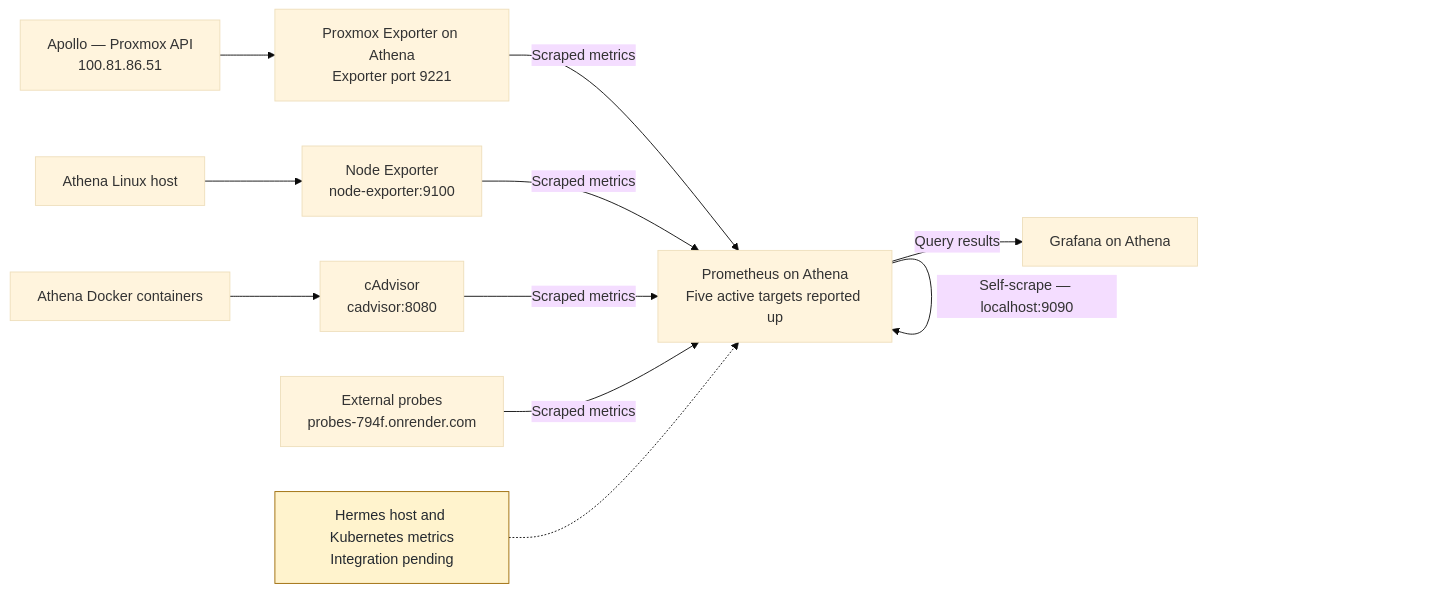
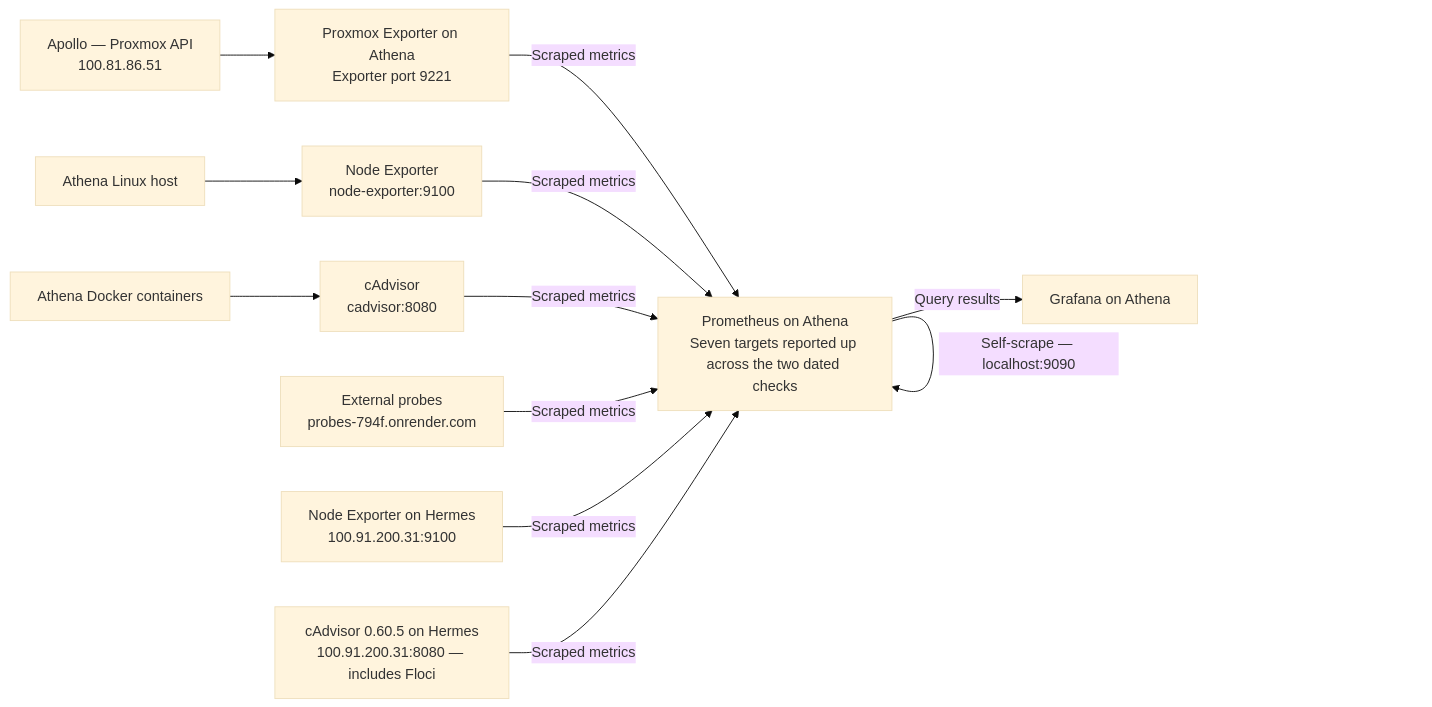
One commit to SwapnajXD/HomeLab changed the first of 3 diagrams in docs/observability.md. Above: the diagram before and after it, drawn with Mermaid (base theme). The commit also changed other lines of this file and 18 other files, not shown here.

Commit message:
docs: finalize September 14 homelab baseline and diagrams

````diff
--- a/docs/observability.md
+++ b/docs/observability.md
@@ -17,18 +21,17 @@
 ```mermaid
 flowchart LR
     %% Arrows show metric data flow, not connection initiation.
     Apollo["Apollo — Proxmox API<br/>100.81.86.51"] --> PVE["Proxmox Exporter on Athena<br/>Exporter port 9221"]
     Athena["Athena Linux host"] --> Node["Node Exporter<br/>node-exporter:9100"]
     Docker["Athena Docker containers"] --> Cadvisor["cAdvisor<br/>cadvisor:8080"]
     Probes["External probes<br/>probes-794f.onrender.com"]
-    Prom["Prometheus on Athena<br/>Five active targets reported up"]
+    Prom["Prometheus on Athena<br/>Seven targets reported up across the two dated checks"]
     PVE -->|Scraped metrics| Prom
     Node -->|Scraped metrics| Prom
     Cadvisor -->|Scraped metrics| Prom
     Probes -->|Scraped metrics| Prom
     Prom -->|Self-scrape — localhost:9090| Prom
     Prom -->|Query results| Grafana["Grafana on Athena"]
-    Hermes["Hermes host and Kubernetes metrics<br/>Integration pending"] -.-> Prom
-    classDef pending fill:#fff3cd,stroke:#9a6700,color:#24292f;
-    class Hermes pending;
+    HermesNode["Node Exporter on Hermes<br/>100.91.200.31:9100"] -->|Scraped metrics| Prom
+    HermesCadvisor["cAdvisor 0.60.5 on Hermes<br/>100.91.200.31:8080 — includes Floci"] -->|Scraped metrics| Prom
 ```
````
